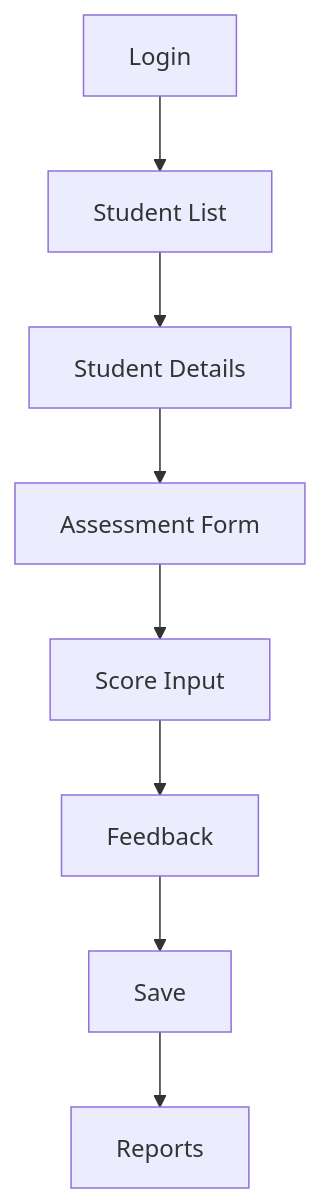
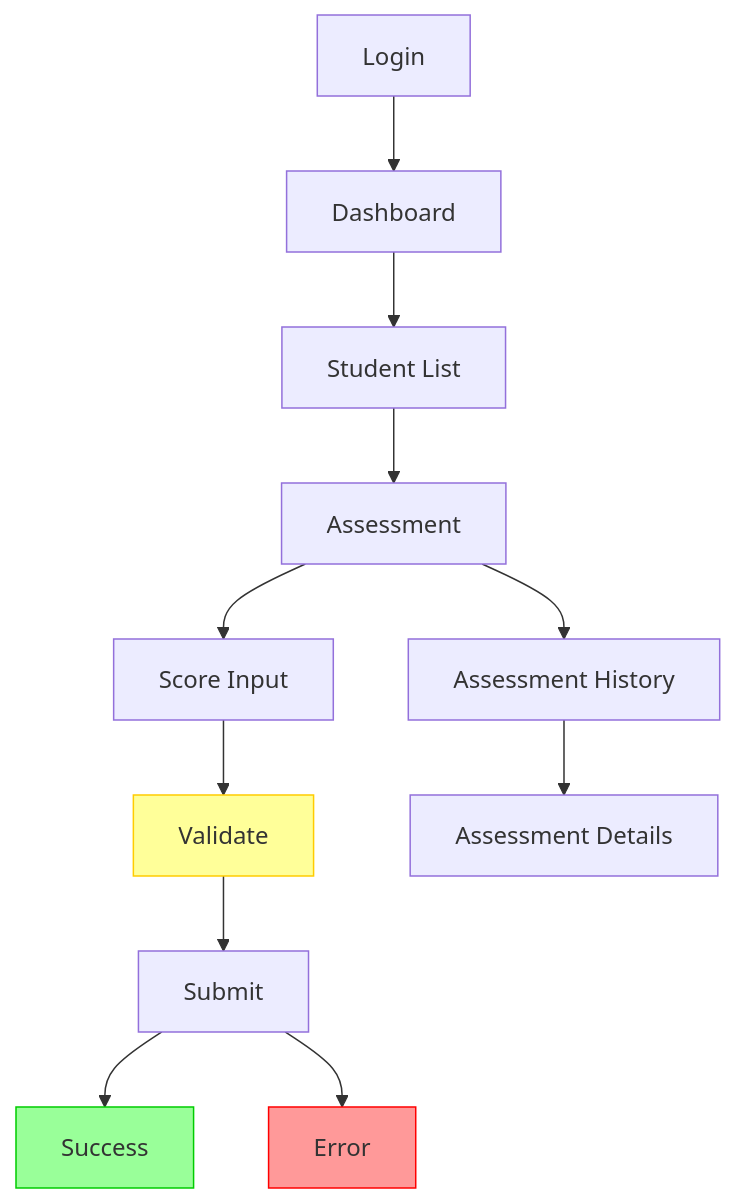
The seventh of 11 diagrams in SRS.md (srisrihari/pep-score-nexus), drawn with Mermaid before and after one commit. The commit also changed other lines of this file, not shown here.

````diff
--- a/SRS.md
+++ b/SRS.md
@@ -1449,10 +1987,22 @@
 ```mermaid
-graph TD
-    A[Login] --> B[Student List]
-    B --> C[Student Details]
-    C --> D[Assessment Form]
-    D --> E[Score Input]
-    E --> F[Feedback]
-    F --> G[Save]
-    G --> H[Reports]
+graph TB
+    Login[Login] --> Dashboard[Dashboard]
+    Dashboard --> Students[Student List]
+    Students --> Assessment[Assessment]
+    Assessment --> Input[Score Input]
+    Input --> Validate[Validate]
+    Validate --> Submit[Submit]
+    Submit --> Success[Success]
+    Submit --> Error[Error]
+
+    Assessment --> History[Assessment History]
+    History --> Details[Assessment Details]
+
+    classDef error fill:#ff9999,stroke:#ff0000
+    classDef warning fill:#ffff99,stroke:#ffcc00
+    classDef success fill:#99ff99,stroke:#00cc00
+
+    class Error error
+    class Validate warning
+    class Success success
 ```
````
